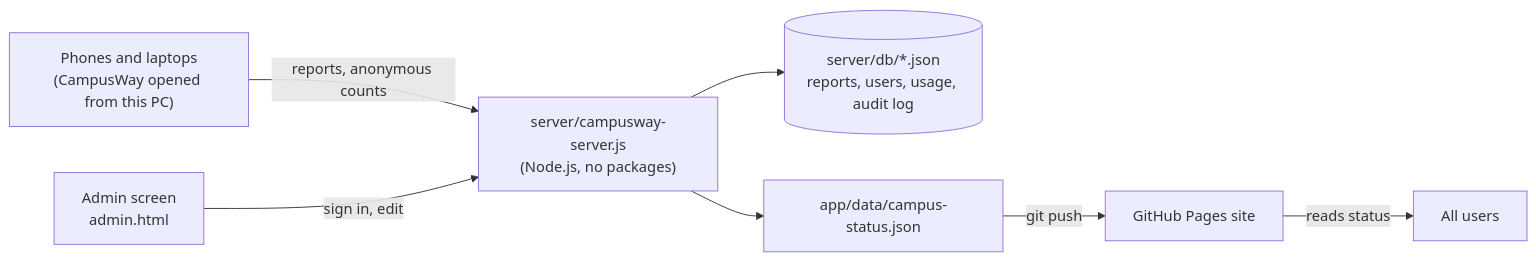
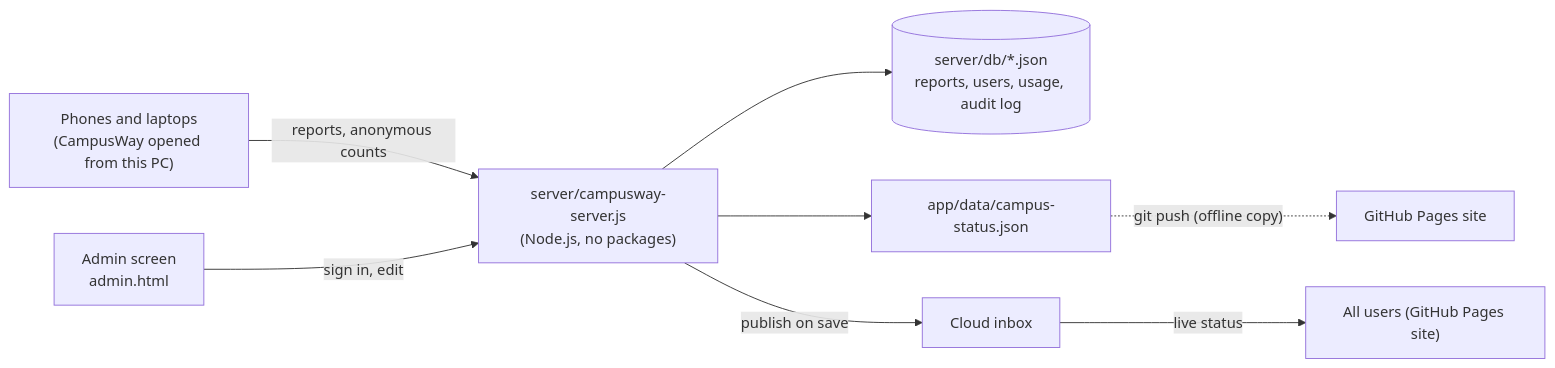
Before and after one commit to ja4smin/CampusWay: the diagram in docs/17-admin-screen.md, drawn with Mermaid. The commit also changed other lines of this file and 14 other files, not shown here.

First line of the commit message:
Publish live status through the cloud inbox (no commit needed)

````diff
--- a/docs/17-admin-screen.md
+++ b/docs/17-admin-screen.md
@@ -9,9 +9,10 @@
 ```mermaid
 flowchart LR
   phone["Phones and laptops<br/>(CampusWay opened from this PC)"] -- "reports, anonymous counts" --> server
   admin["Admin screen<br/>admin.html"] -- "sign in, edit" --> server
   server["server/campusway-server.js<br/>(Node.js, no packages)"] --> db[("server/db/*.json<br/>reports, users, usage, audit log")]
   server --> status["app/data/campus-status.json"]
-  status -- "git push" --> pages["GitHub Pages site"]
-  pages -- "reads status" --> everyone["All users"]
+  server -- "publish on save" --> inbox["Cloud inbox"]
+  inbox -- "live status" --> everyone["All users (GitHub Pages site)"]
+  status -. "git push (offline copy)" .-> pages["GitHub Pages site"]
 ```
````
